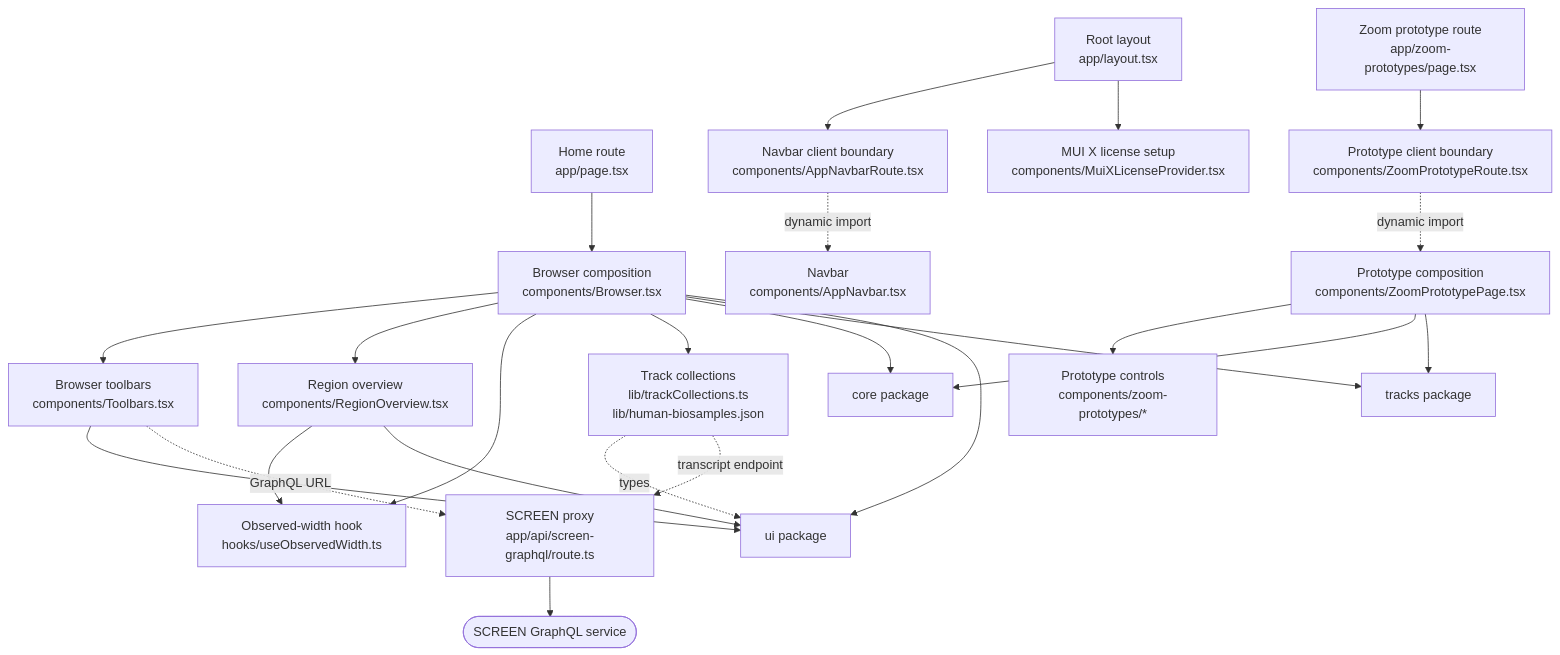
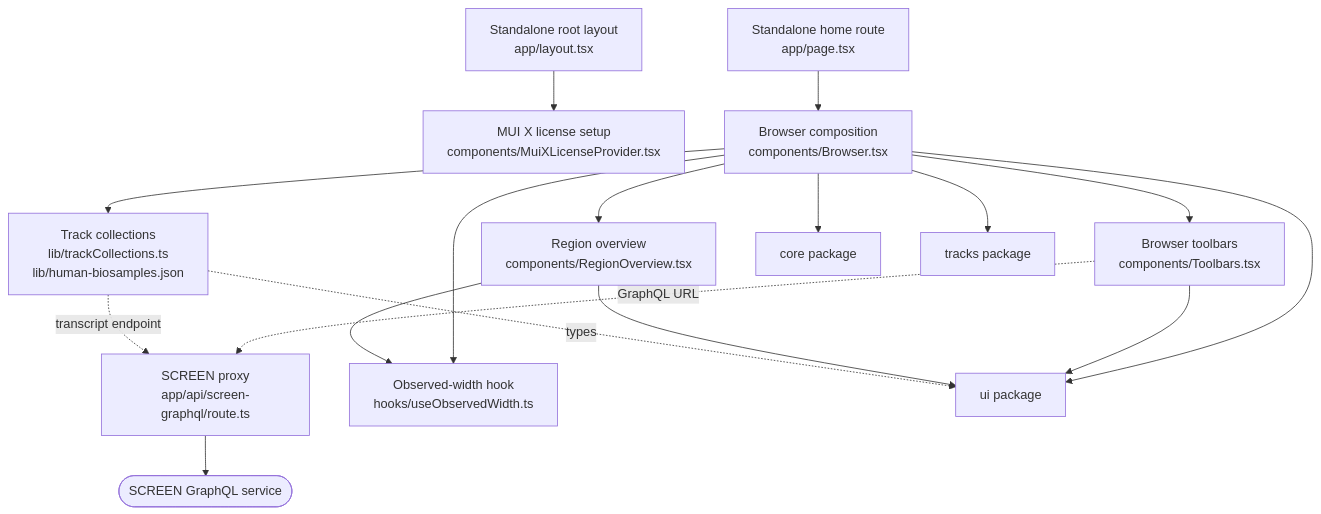
One commit to weng-lab/genomebrowser changed the fifth of 7 diagrams in docs/module-dependencies.md. Above: the diagram before and after it, drawn with Mermaid. The commit also changed other lines of this file and 68 other files, not shown here.

````diff
--- a/docs/module-dependencies.md
+++ b/docs/module-dependencies.md
@@ -311,54 +318,39 @@
 ```mermaid
 flowchart TB
-  ROOT["Root layout<br/>app/layout.tsx"]
-  HOME["Home route<br/>app/page.tsx"]
-  ZOOM_ROUTE["Zoom prototype route<br/>app/zoom-prototypes/page.tsx"]
+  ROOT["Standalone root layout<br/>app/layout.tsx"]
+  HOME["Standalone home route<br/>app/page.tsx"]
   API["SCREEN proxy<br/>app/api/screen-graphql/route.ts"]
 
-  NAV_BOUNDARY["Navbar client boundary<br/>components/AppNavbarRoute.tsx"]
-  NAV["Navbar<br/>components/AppNavbar.tsx"]
   LICENSE["MUI X license setup<br/>components/MuiXLicenseProvider.tsx"]
 
   BROWSER["Browser composition<br/>components/Browser.tsx"]
   TOOLBARS["Browser toolbars<br/>components/Toolbars.tsx"]
   OVERVIEW["Region overview<br/>components/RegionOverview.tsx"]
   WIDTH["Observed-width hook<br/>hooks/useObservedWidth.ts"]
   COLLECTIONS["Track collections<br/>lib/trackCollections.ts<br/>lib/human-biosamples.json"]
 
-  ZOOM_BOUNDARY["Prototype client boundary<br/>components/ZoomPrototypeRoute.tsx"]
-  ZOOM_PAGE["Prototype composition<br/>components/ZoomPrototypePage.tsx"]
-  ZOOM_CONTROLS["Prototype controls<br/>components/zoom-prototypes/*"]
-
   CORE["core package"]
   TRACKS["tracks package"]
   UI["ui package"]
   SCREEN(["SCREEN GraphQL service"])
 
-  ROOT --> NAV_BOUNDARY
   ROOT --> LICENSE
-  NAV_BOUNDARY -. "dynamic import" .-> NAV
   HOME --> BROWSER
-  ZOOM_ROUTE --> ZOOM_BOUNDARY
-  ZOOM_BOUNDARY -. "dynamic import" .-> ZOOM_PAGE
 
   BROWSER --> TOOLBARS
   BROWSER --> OVERVIEW
   BROWSER --> WIDTH
   BROWSER --> COLLECTIONS
   OVERVIEW --> WIDTH
 
   BROWSER --> CORE
   BROWSER --> TRACKS
   BROWSER --> UI
   TOOLBARS --> UI
   OVERVIEW --> UI
   COLLECTIONS -. "types" .-> UI
 
-  ZOOM_PAGE --> ZOOM_CONTROLS
-  ZOOM_PAGE --> CORE
-  ZOOM_PAGE --> TRACKS
-
   TOOLBARS -. "GraphQL URL" .-> API
   COLLECTIONS -. "transcript endpoint" .-> API
   API --> SCREEN
 ```
````
